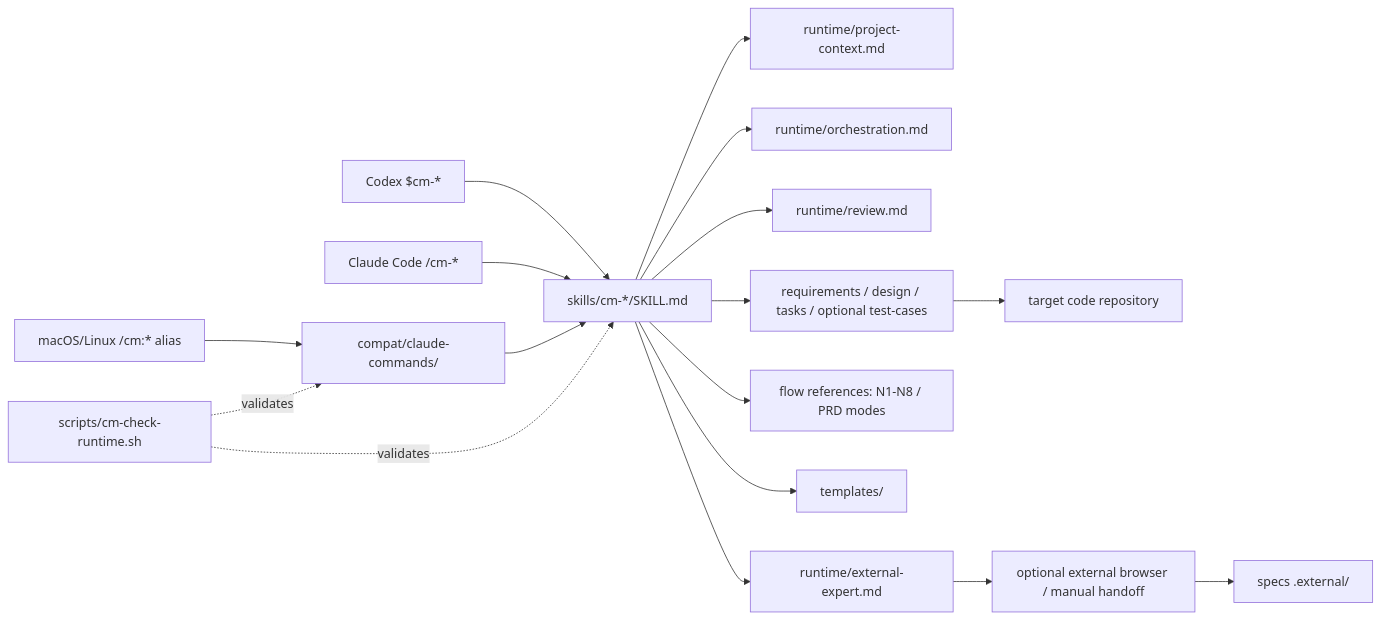
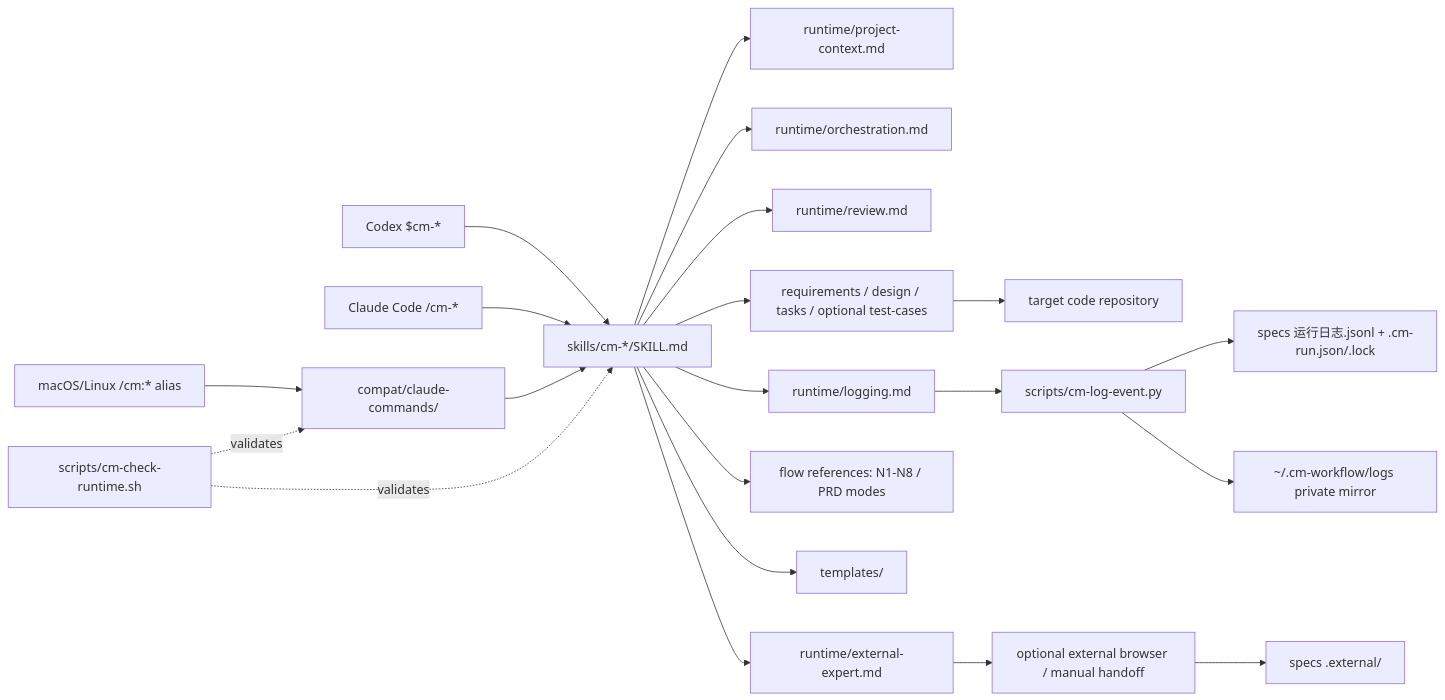
Before and after one commit to kingxiaozhe/cm-workflow: the diagram in docs/architecture.md, drawn with Mermaid. The commit also changed other lines of this file and 28 other files, not shown here.

````diff
--- a/docs/architecture.md
+++ b/docs/architecture.md
@@ -5,19 +5,23 @@
 ```mermaid
 flowchart LR
     Codex["Codex $cm-*"] --> Skills["skills/cm-*/SKILL.md"]
     Claude["Claude Code /cm-*"] --> Skills
     Legacy["macOS/Linux /cm:* alias"] --> Wrappers["compat/claude-commands/"]
     Wrappers --> Skills
     Skills --> Context["runtime/project-context.md"]
     Skills --> Orchestration["runtime/orchestration.md"]
     Skills --> Review["runtime/review.md"]
+    Skills --> Logging["runtime/logging.md"]
     Skills --> External["runtime/external-expert.md"]
     Skills --> References["flow references: N1-N8 / PRD modes"]
     Skills --> Templates["templates/"]
     Skills --> Specs["requirements / design / tasks / optional test-cases"]
     Specs --> Target["target code repository"]
     External --> Provider["optional external browser / manual handoff"]
     Provider --> ExternalEvidence["specs .external/"]
+    Logging --> Writer["scripts/cm-log-event.py"]
+    Writer --> ProjectLog["specs 运行日志.jsonl + .cm-run.json/.lock"]
+    Writer --> GlobalLog["~/.cm-workflow/logs private mirror"]
     Check["scripts/cm-check-runtime.sh"] -. validates .-> Skills
     Check -. validates .-> Wrappers
 ```
````
